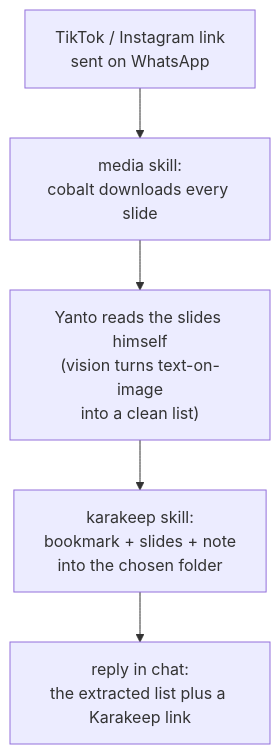
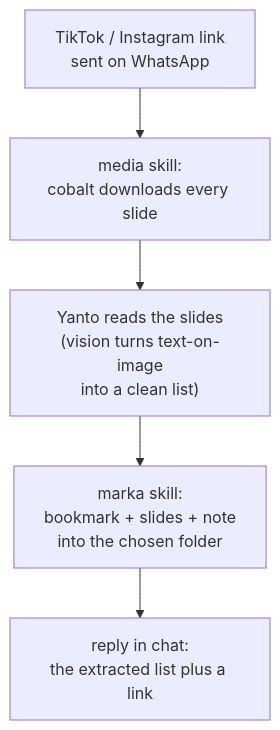
Before and after one commit to absolutepraya/blog: the third of 5 diagrams in content/posts/hermes-agent-setup.md, drawn with Mermaid. The commit also changed other lines of this file and 3 other files, not shown here.

````diff
--- a/content/posts/hermes-agent-setup.md
+++ b/content/posts/hermes-agent-setup.md
@@ -208,8 +133,8 @@
 ```mermaid
 graph TD
     Link["TikTok / Instagram link<br>sent on WhatsApp"]
     Link --> Media["media skill:<br>cobalt downloads every slide"]
-    Media --> Read["Yanto reads the slides himself<br>(vision turns text-on-image<br>into a clean list)"]
-    Read --> Save["karakeep skill:<br>bookmark + slides + note<br>into the chosen folder"]
-    Save --> Reply["reply in chat:<br>the extracted list plus a Karakeep link"]
+    Media --> Read["Yanto reads the slides<br>(vision turns text-on-image<br>into a clean list)"]
+    Read --> Save["marka skill:<br>bookmark + slides + note<br>into the chosen folder"]
+    Save --> Reply["reply in chat:<br>the extracted list plus a link"]
 ```
````
